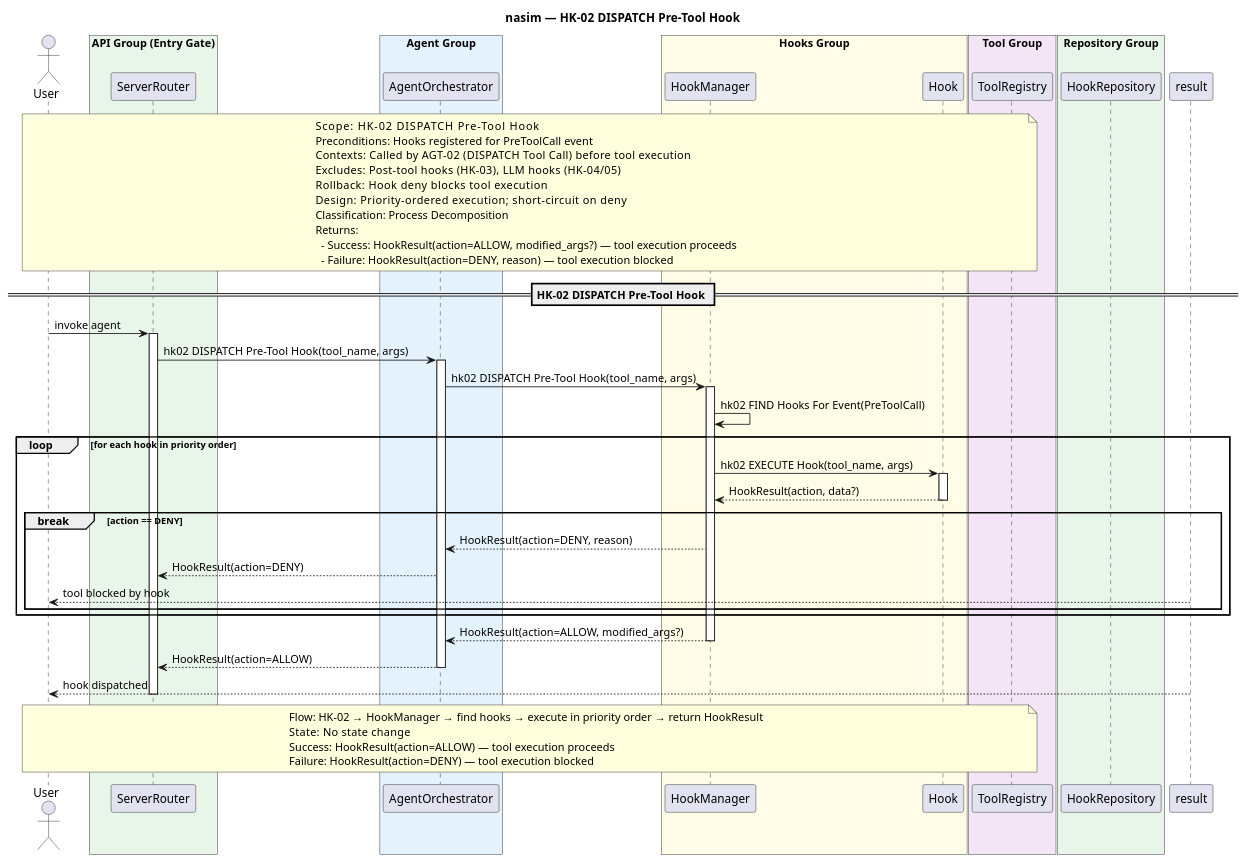
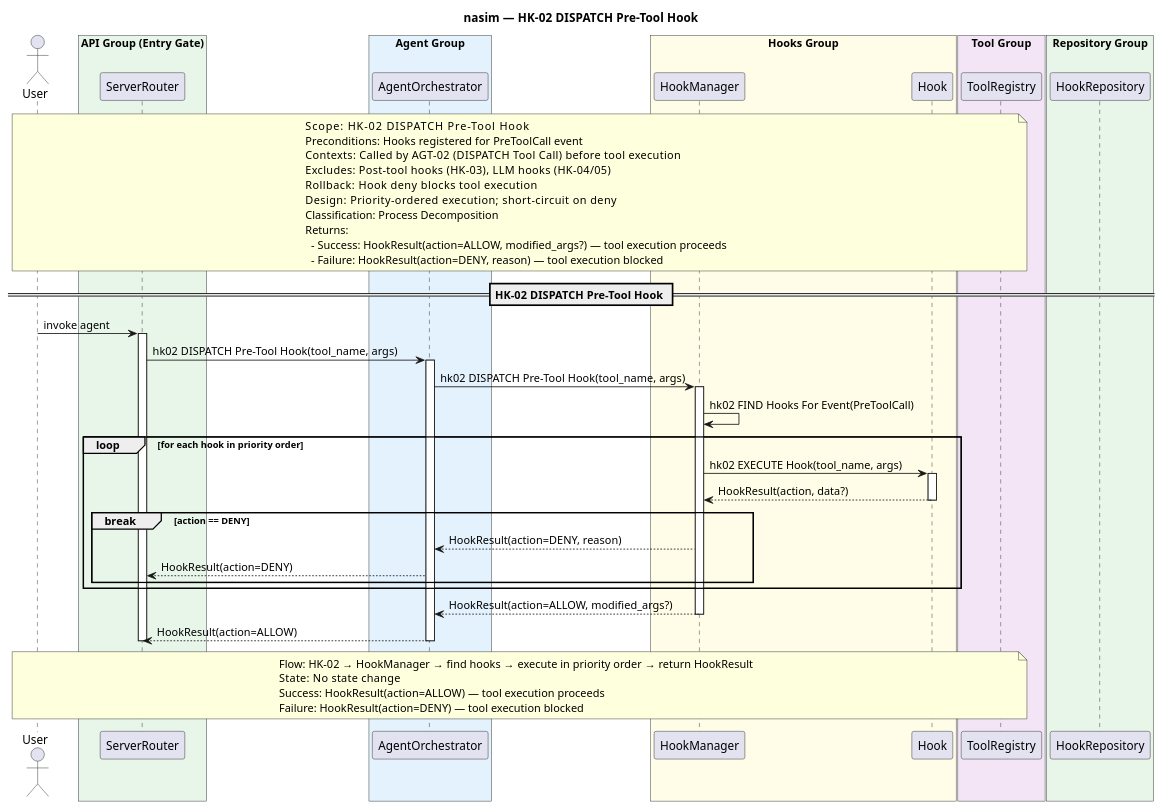
Before and after one commit to salimnamvar/nasim: the diagram in docs/SQ/HK/sq_hk02_dispatch_pre_tool_hook.puml, drawn with PlantUML. The commit also changed 133 other files, not shown here.

First line of the commit message:
docs: Refactor sequence diagrams and update documentation for session management and tool operations

```diff
--- a/docs/SQ/HK/sq_hk02_dispatch_pre_tool_hook.puml
+++ b/docs/SQ/HK/sq_hk02_dispatch_pre_tool_hook.puml
@@ -1,83 +1,81 @@
 @startuml sq_hk02_dispatch_pre_tool_hook
 ' ============================================================
 ' Title:     HK-02 — DISPATCH Pre-Tool Hook
 ' Boundary:  nasim code agent
 ' Purpose:   Execute hooks before tool execution
 ' Milestone: v1.0
 ' Version:   9.1.0
 ' Source:    CAR refinement loop — API-First transformation
 ' Review:    docs/SQ/README.md
 ' ============================================================
 
 title nasim — HK-02 DISPATCH Pre-Tool Hook
 
 actor "User" as user
 
 box "API Group (Entry Gate)" #E8F5E9
   participant "ServerRouter" as router
 end box
 box "Agent Group" #E3F2FD
   participant "AgentOrchestrator" as agent
 end box
 box "Hooks Group" #FFFDE7
   participant "HookManager" as hooks
   participant "Hook" as hook
 end box
 box "Tool Group" #F3E5F5
   participant "ToolRegistry" as tools
 end box
 box "Repository Group" #E8F5E9
   participant "HookRepository" as hook_repo
 end box
 
 note over user, tools
   Scope:          HK-02 DISPATCH Pre-Tool Hook
   Preconditions:  Hooks registered for PreToolCall event
   Contexts:       Called by AGT-02 (DISPATCH Tool Call) before tool execution
   Excludes:       Post-tool hooks (HK-03), LLM hooks (HK-04/05)
   Rollback:       Hook deny blocks tool execution
   Design:         Priority-ordered execution; short-circuit on deny
   Classification: Process Decomposition
   Returns:
     - Success: HookResult(action=ALLOW, modified_args?) — tool execution proceeds
     - Failure: HookResult(action=DENY, reason) — tool execution blocked
 end note
 
 == HK-02 DISPATCH Pre-Tool Hook ==
 
 user -> router : invoke agent
 activate router
 router -> agent : hk02 DISPATCH Pre-Tool Hook(tool_name, args)
 activate agent
 agent -> hooks : hk02 DISPATCH Pre-Tool Hook(tool_name, args)
 activate hooks
 hooks -> hooks : hk02 FIND Hooks For Event(PreToolCall)
 
 loop for each hook in priority order
     hooks -> hook : hk02 EXECUTE Hook(tool_name, args)
     activate hook
     hook --> hooks : HookResult(action, data?)
     deactivate hook
 
     break action == DENY
         hooks --> agent : HookResult(action=DENY, reason)
         agent --> router : HookResult(action=DENY)
-        result --> user : tool blocked by hook
     end
 end
 
 hooks --> agent : HookResult(action=ALLOW, modified_args?)
 deactivate hooks
 agent --> router : HookResult(action=ALLOW)
 deactivate agent
-result --> user : hook dispatched
 deactivate router
 
 note over user, tools
   Flow:    HK-02 → HookManager → find hooks → execute in priority order → return HookResult
   State:   No state change
   Success: HookResult(action=ALLOW) — tool execution proceeds
   Failure: HookResult(action=DENY) — tool execution blocked
 end note
 
 @enduml
```
